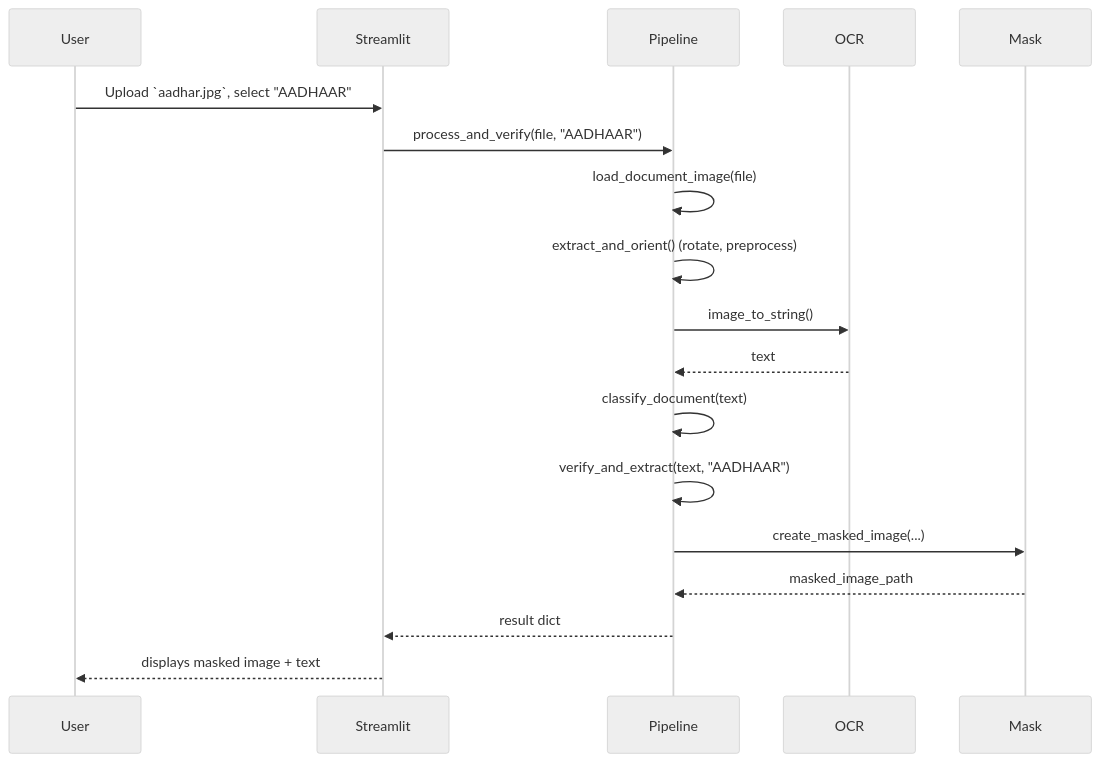
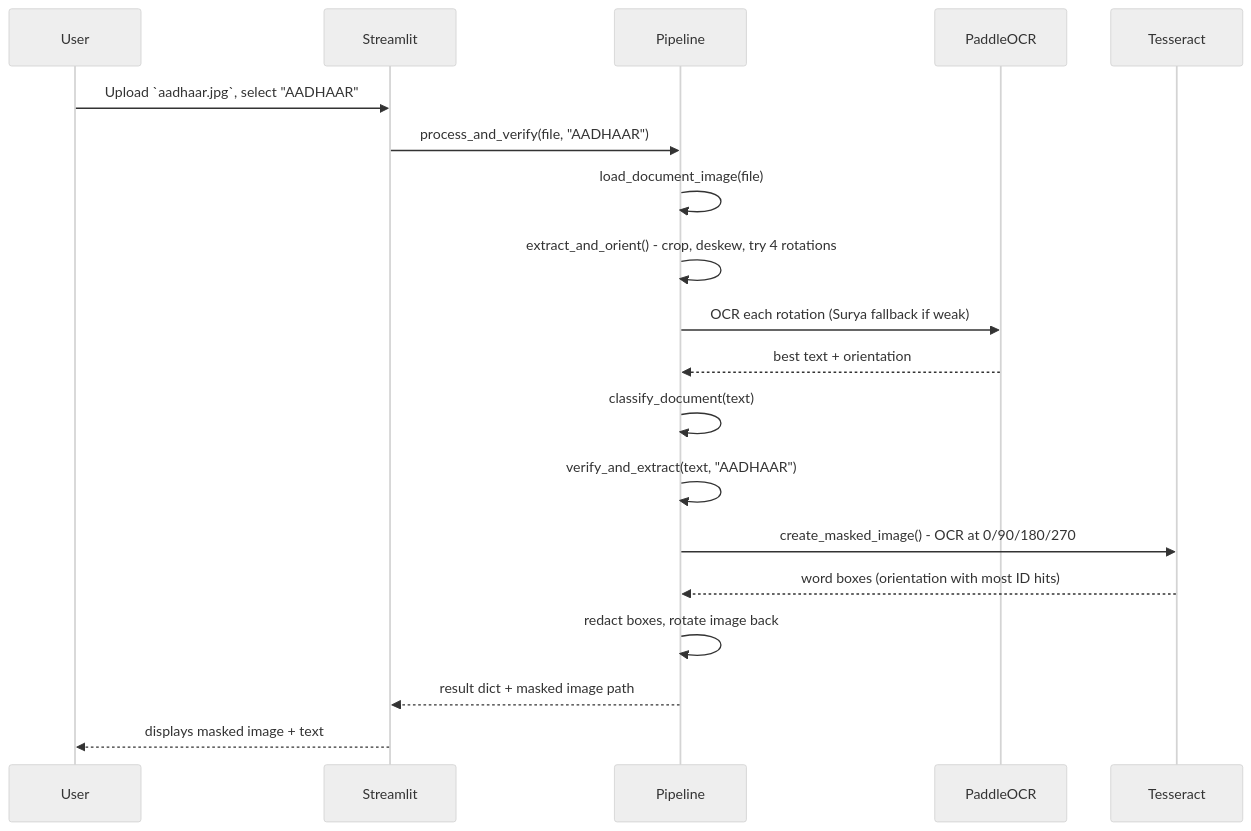
One commit to recrivio-dev/kyc-test changed the third of 5 diagrams in README.md. Above: the diagram before and after it, drawn with Mermaid (neutral theme). The commit also changed other lines of this file and 16 other files, not shown here.

Commit message:
paddle-cor, surya-ocr and tesseract

````diff
--- a/README.md
+++ b/README.md
@@ -166,21 +186,22 @@
 ```mermaid
 sequenceDiagram
 	participant User
 	participant Streamlit
 	participant Pipeline
-	participant OCR
-	participant Mask
+	participant Paddle as PaddleOCR
+	participant Tess as Tesseract
 
-	User->>Streamlit: Upload `aadhar.jpg`, select "AADHAAR"
+	User->>Streamlit: Upload `aadhaar.jpg`, select "AADHAAR"
 	Streamlit->>Pipeline: process_and_verify(file, "AADHAAR")
 	Pipeline->>Pipeline: load_document_image(file)
-	Pipeline->>Pipeline: extract_and_orient() (rotate, preprocess)
-	Pipeline->>OCR: image_to_string()
-	OCR-->>Pipeline: text
+	Pipeline->>Pipeline: extract_and_orient() - crop, deskew, try 4 rotations
+	Pipeline->>Paddle: OCR each rotation (Surya fallback if weak)
+	Paddle-->>Pipeline: best text + orientation
 	Pipeline->>Pipeline: classify_document(text)
 	Pipeline->>Pipeline: verify_and_extract(text, "AADHAAR")
-	Pipeline->>Mask: create_masked_image(...)
-	Mask-->>Pipeline: masked_image_path
-	Pipeline-->>Streamlit: result dict
+	Pipeline->>Tess: create_masked_image() - OCR at 0/90/180/270
+	Tess-->>Pipeline: word boxes (orientation with most ID hits)
+	Pipeline->>Pipeline: redact boxes, rotate image back
+	Pipeline-->>Streamlit: result dict + masked image path
 	Streamlit-->>User: displays masked image + text
 ```
````
